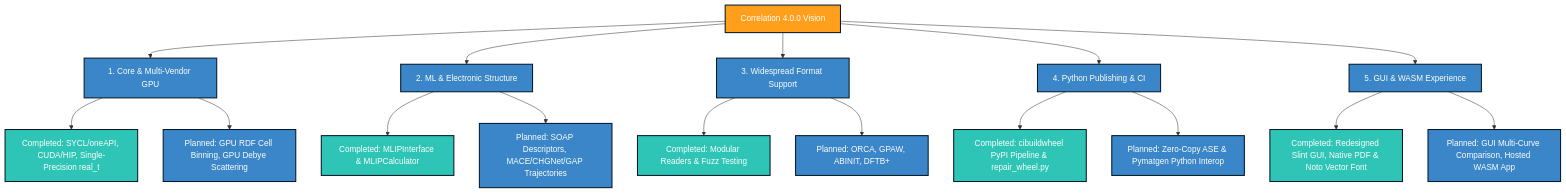
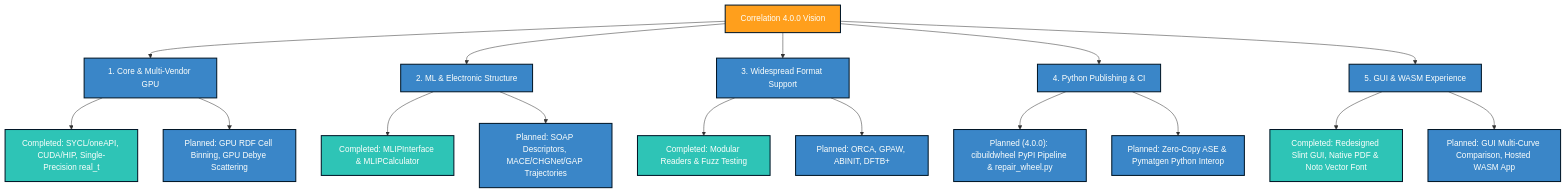
Before and after one commit to Isurwars/Correlation: the diagram in docs/RoadMap.md, drawn with Mermaid. The commit also changed other lines of this file and 4 other files, not shown here.

Commit message:
feat: improve sccache reliability in CI, defer PyPI packaging to 4.0.0, and update documentation roadmap

````diff
--- a/docs/RoadMap.md
+++ b/docs/RoadMap.md
@@ -10,27 +10,27 @@
 ```mermaid
 graph TD
     classDef completed fill:#2ec4b6,stroke:#011627,stroke-width:2px,color:#fdfffc;
     classDef planned fill:#3a86c8,stroke:#011627,stroke-width:2px,color:#fdfffc;
     classDef core fill:#ff9f1c,stroke:#011627,stroke-width:2px,color:#fdfffc;
 
     A["Correlation 4.0.0 Vision"]:::core --> B["1. Core & Multi-Vendor GPU"]:::planned
     A --> C["2. ML & Electronic Structure"]:::planned
     A --> D["3. Widespread Format Support"]:::planned
     A --> E["4. Python Publishing & CI"]:::planned
     A --> F["5. GUI & WASM Experience"]:::planned
 
     B --> B1["Completed: SYCL/oneAPI, CUDA/HIP, Single-Precision real_t"]:::completed
     B --> B2["Planned: GPU RDF Cell Binning, GPU Debye Scattering"]:::planned
     
     C --> C1["Completed: MLIPInterface & MLIPCalculator"]:::completed
     C --> C2["Planned: SOAP Descriptors, MACE/CHGNet/GAP Trajectories"]:::planned
     
     D --> D1["Completed: Modular Readers & Fuzz Testing"]:::completed
     D --> D2["Planned: ORCA, GPAW, ABINIT, DFTB+"]:::planned
 
-    E --> E1["Completed: cibuildwheel PyPI Pipeline & repair_wheel.py"]:::completed
+    E --> E1["Planned (4.0.0): cibuildwheel PyPI Pipeline & repair_wheel.py"]:::planned
     E --> E2["Planned: Zero-Copy ASE & Pymatgen Python Interop"]:::planned
 
     F --> F1["Completed: Redesigned Slint GUI, Native PDF & Noto Vector Font"]:::completed
     F --> F2["Planned: GUI Multi-Curve Comparison, Hosted WASM App"]:::planned
 ```
````
